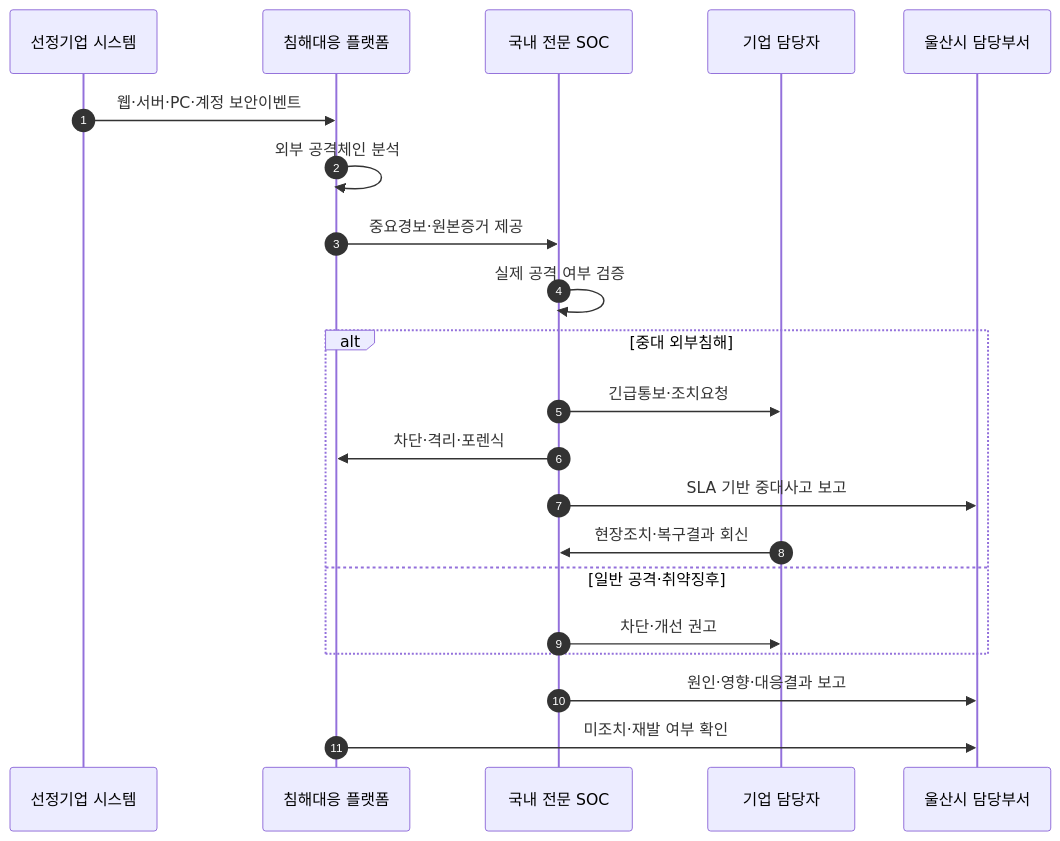
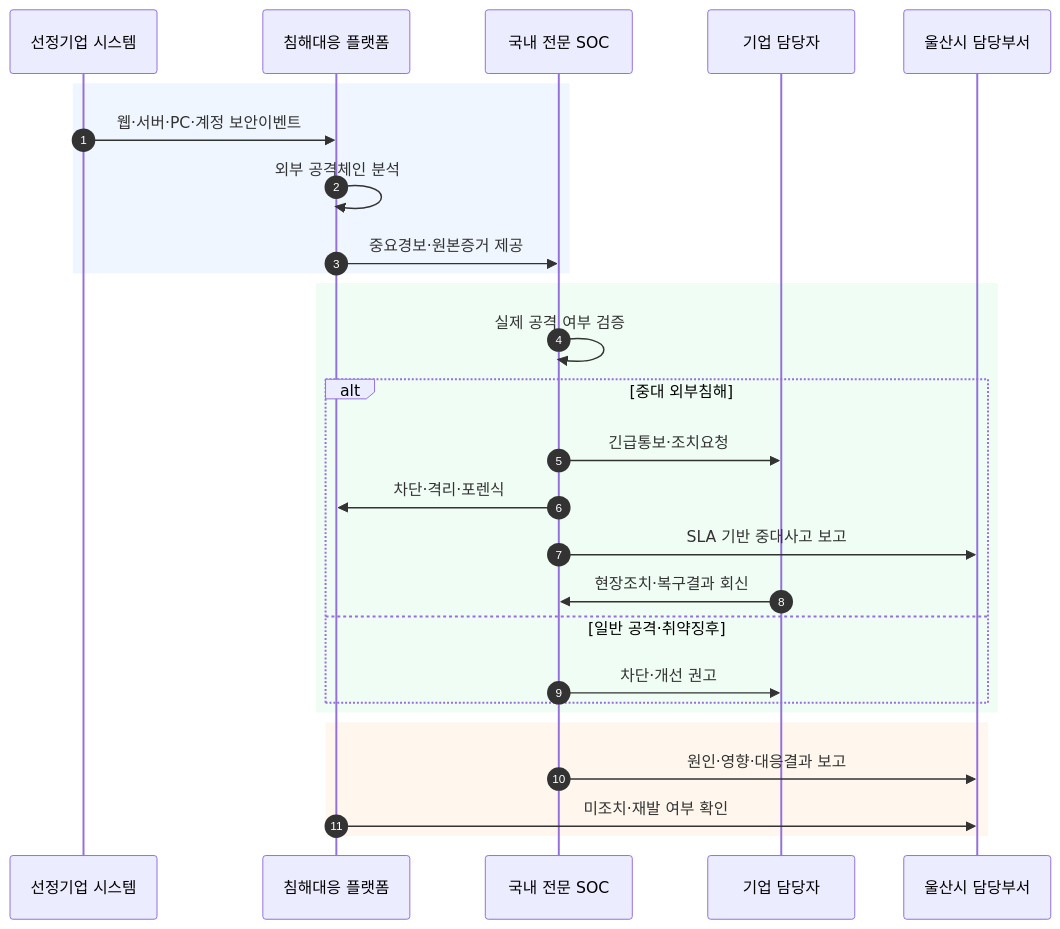
Before and after one commit to qubitsec/plura: the seventh of 9 diagrams in ko/proposal/ulsan/ulsan-full.md, drawn with Mermaid. The commit also changed other lines of this file, not shown here.

````diff
--- a/ko/proposal/ulsan/ulsan-full.md
+++ b/ko/proposal/ulsan/ulsan-full.md
@@ -743,26 +757,33 @@
 ```mermaid
 sequenceDiagram
     autonumber
     participant SYS as 선정기업 시스템
     participant XDR as 침해대응 플랫폼
     participant SOC as 국내 전문 SOC
     participant COMPANY as 기업 담당자
     participant ULSAN as 울산시 담당부서
 
-    SYS->>XDR: 웹·서버·PC·계정 보안이벤트
-    XDR->>XDR: 외부 공격체인 분석
-    XDR->>SOC: 중요경보·원본증거 제공
-    SOC->>SOC: 실제 공격 여부 검증
-
-    alt 중대 외부침해
-        SOC->>COMPANY: 긴급통보·조치요청
-        SOC->>XDR: 차단·격리·포렌식
-        SOC->>ULSAN: SLA 기반 중대사고 보고
-        COMPANY->>SOC: 현장조치·복구결과 회신
-    else 일반 공격·취약징후
-        SOC->>COMPANY: 차단·개선 권고
+    rect rgb(239,246,255)
+        SYS->>XDR: 웹·서버·PC·계정 보안이벤트
+        XDR->>XDR: 외부 공격체인 분석
+        XDR->>SOC: 중요경보·원본증거 제공
     end
 
-    SOC->>ULSAN: 원인·영향·대응결과 보고
-    XDR->>ULSAN: 미조치·재발 여부 확인
+    rect rgb(240,253,244)
+        SOC->>SOC: 실제 공격 여부 검증
+
+        alt 중대 외부침해
+            SOC->>COMPANY: 긴급통보·조치요청
+            SOC->>XDR: 차단·격리·포렌식
+            SOC->>ULSAN: SLA 기반 중대사고 보고
+            COMPANY->>SOC: 현장조치·복구결과 회신
+        else 일반 공격·취약징후
+            SOC->>COMPANY: 차단·개선 권고
+        end
+    end
+
+    rect rgb(255,247,237)
+        SOC->>ULSAN: 원인·영향·대응결과 보고
+        XDR->>ULSAN: 미조치·재발 여부 확인
+    end
 ```
````
